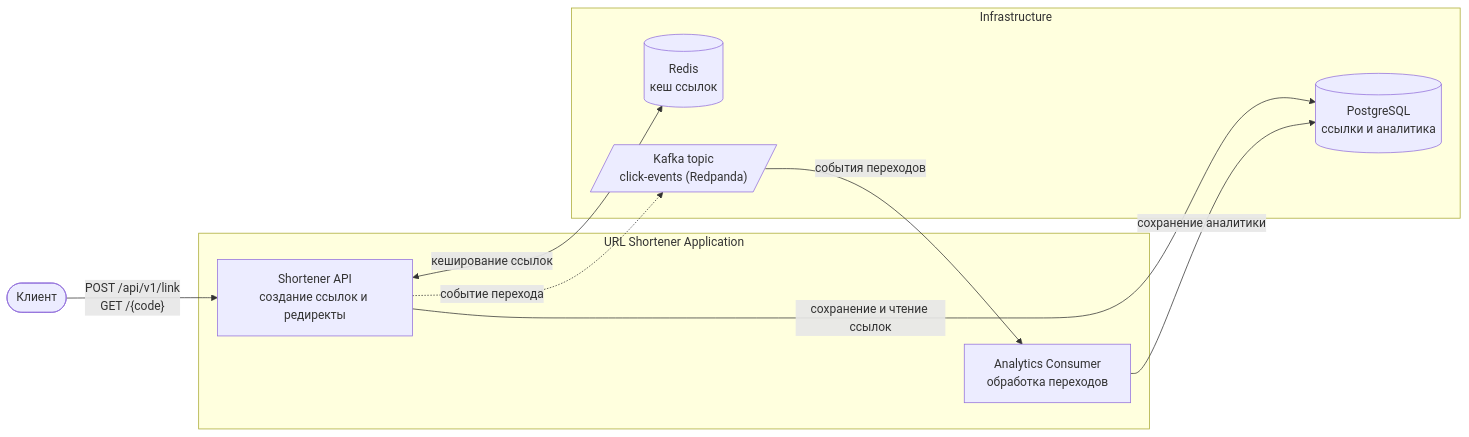
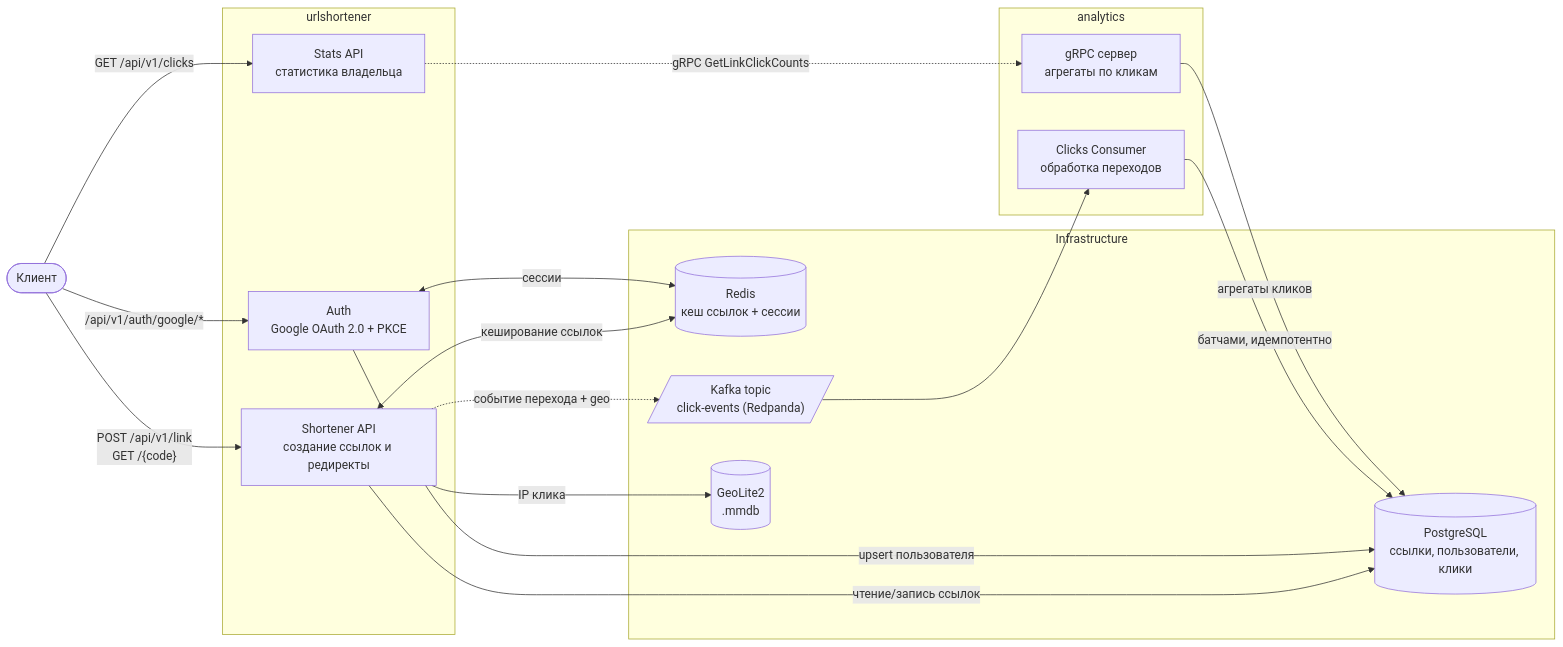
Before and after one commit to vladislav-koval/url-shortener: the diagram in README.md, drawn with Mermaid. The commit also changed other lines of this file, not shown here.

````diff
--- a/README.md
+++ b/README.md
@@ -31,24 +44,39 @@
 ```mermaid
 flowchart LR
     Client([Клиент])
 
-    subgraph Application["URL Shortener Application"]
+    subgraph ShortenerApp["urlshortener"]
+        Auth["Auth<br/>Google OAuth 2.0 + PKCE"]
         Shortener["Shortener API<br/>создание ссылок и редиректы"]
-        Consumer["Analytics Consumer<br/>обработка переходов"]
+        Stats["Stats API<br/>статистика владельца"]
+    end
+
+    subgraph AnalyticsApp["analytics"]
+        Consumer["Clicks Consumer<br/>обработка переходов"]
+        GRPCServer["gRPC сервер<br/>агрегаты по кликам"]
     end
 
     subgraph Infrastructure["Infrastructure"]
-        Redis[("Redis<br/>кеш ссылок")]
+        Redis[("Redis<br/>кеш ссылок + сессии")]
         Kafka[/"Kafka topic<br/>click-events (Redpanda)"/]
-        Postgres[("PostgreSQL<br/>ссылки и аналитика")]
+        Postgres[("PostgreSQL<br/>ссылки, пользователи, клики")]
+        GeoDB[("GeoLite2<br/>.mmdb")]
     end
 
     Client -->|"POST /api/v1/link<br/>GET /{code}"| Shortener
+    Client -->|"/api/v1/auth/google/*"| Auth
+    Client -->|"GET /api/v1/clicks"| Stats
 
     Shortener <-->|"кеширование ссылок"| Redis
-    Shortener -->|"сохранение и чтение ссылок"| Postgres
+    Shortener -->|"чтение/запись ссылок"| Postgres
+    Shortener -->|"IP клика"| GeoDB
+    Auth <-->|"сессии"| Redis
+    Auth -->|"upsert пользователя"| Postgres
 
-    Shortener -.->|"событие перехода"| Kafka
-    Kafka -->|"события переходов"| Consumer
-    Consumer -->|"сохранение аналитики"| Postgres
+    Shortener -.->|"событие перехода + geo"| Kafka
+    Kafka --> Consumer
+    Consumer -->|"батчами, идемпотентно"| Postgres
+
+    Stats -.->|"gRPC GetLinkClickCounts"| GRPCServer
+    GRPCServer -->|"агрегаты кликов"| Postgres
 ```
````
